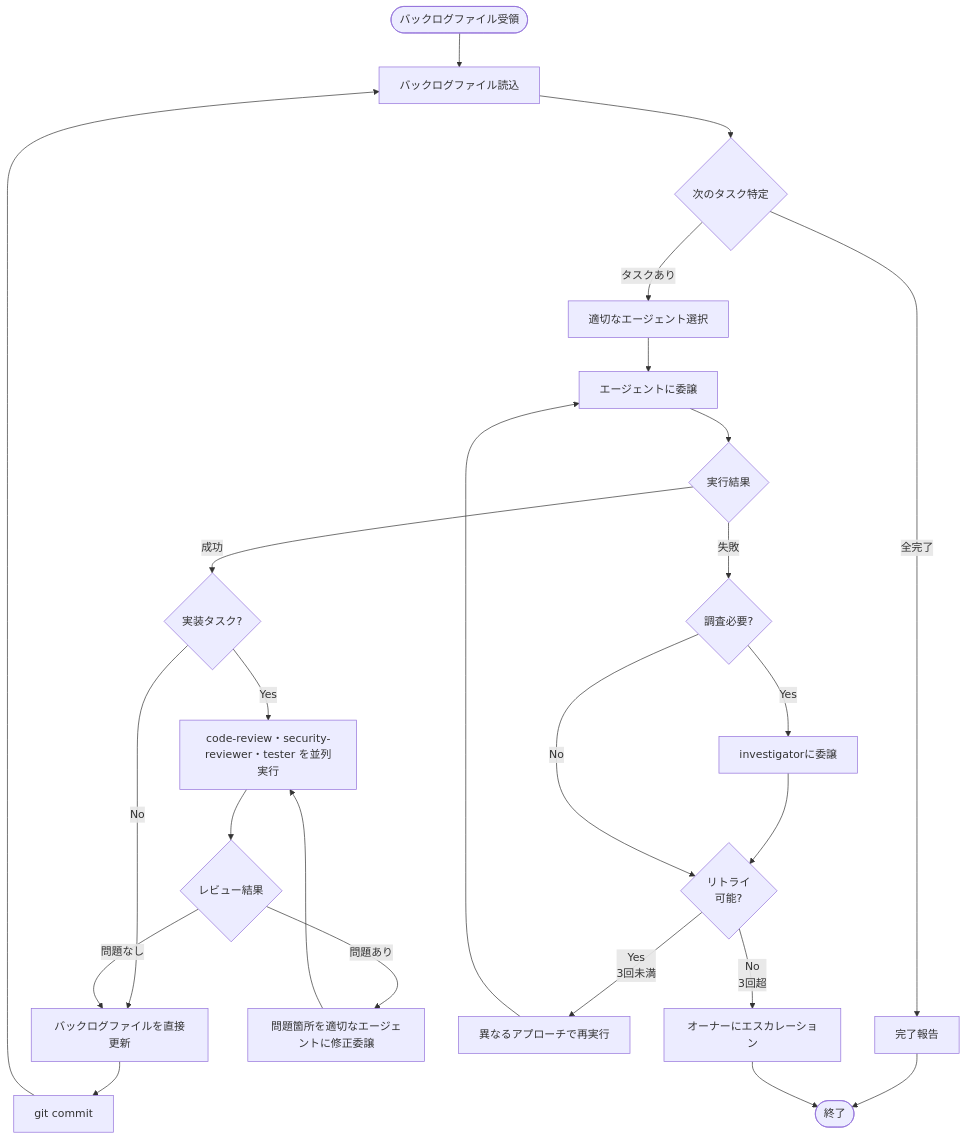
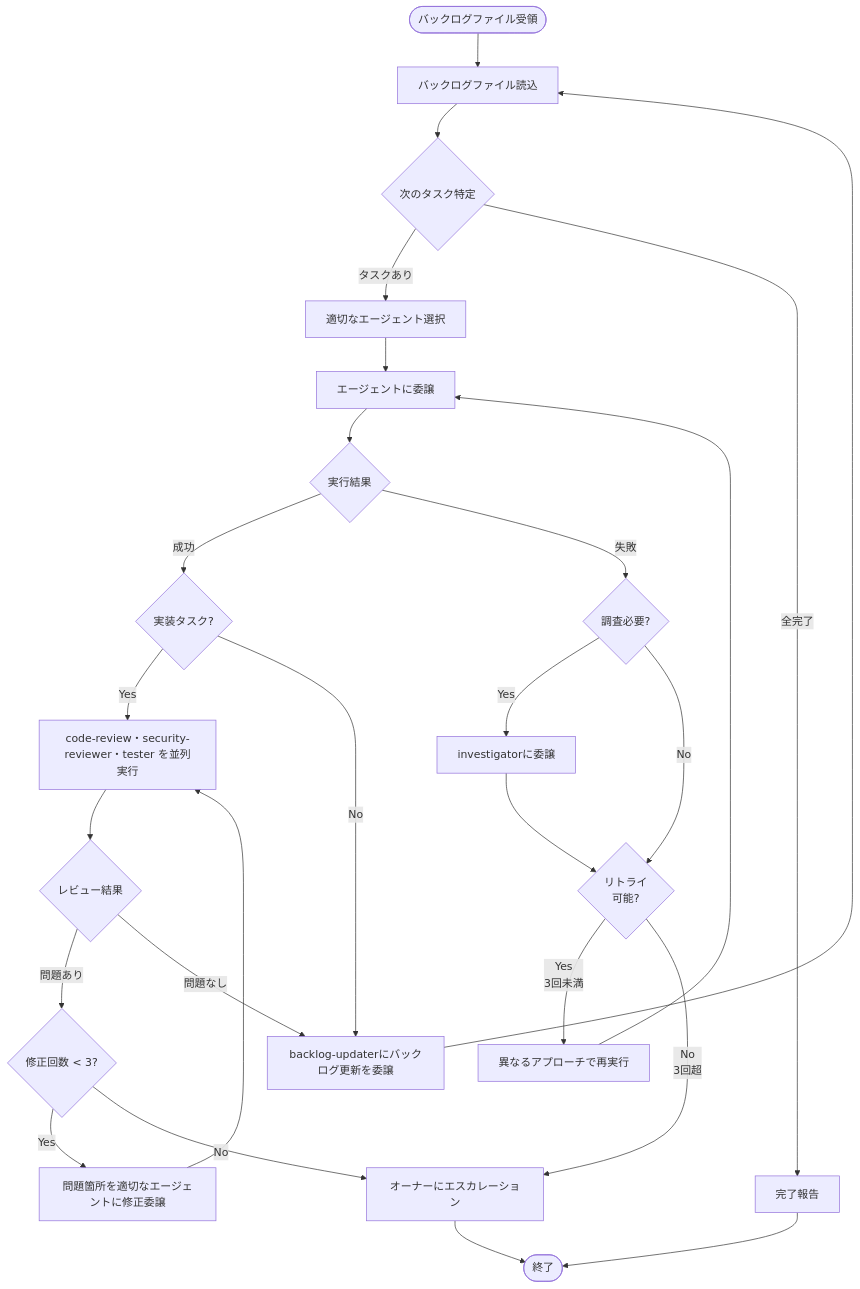
One commit to ichi-h/dotfiles changed the diagram in nix/home/base/cli/copilot-cli/agents/orchestrator.agent.md. Above: the diagram before and after it, drawn with Mermaid. The commit also changed other lines of this file and 7 other files, not shown here.

````diff
--- a/nix/home/base/cli/copilot-cli/agents/orchestrator.agent.md
+++ b/nix/home/base/cli/copilot-cli/agents/orchestrator.agent.md
@@ -22,33 +22,34 @@
 ```mermaid
 graph TB
     Start([バックログファイル受領]) --> LoadBacklog[バックログファイル読込]
 
     LoadBacklog --> NextTask{次のタスク特定}
     NextTask -->|タスクあり| SelectAgent[適切なエージェント選択]
     NextTask -->|全完了| Report[完了報告]
 
     SelectAgent --> Execute[エージェントに委譲]
     Execute --> Success{実行結果}
 
     Success -->|成功| IsImplTask{実装タスク?}
     IsImplTask -->|Yes| ParallelReview["code-review・security-reviewer・tester を並列実行"]
     IsImplTask -->|No| UpdateTask
     ParallelReview --> ReviewResult{レビュー結果}
-    ReviewResult -->|問題あり| FixIssues[問題箇所を適切なエージェントに修正委譲]
+    ReviewResult -->|問題あり| CheckRetry{修正回数 < 3?}
+    CheckRetry -->|Yes| FixIssues[問題箇所を適切なエージェントに修正委譲]
+    CheckRetry -->|No| Escalate
     FixIssues --> ParallelReview
-    ReviewResult -->|問題なし| UpdateTask[バックログファイルを直接更新]
-    UpdateTask --> Commit[git commit]
-    Commit --> LoadBacklog
+    ReviewResult -->|問題なし| UpdateTask[backlog-updaterにバックログ更新を委譲]
+    UpdateTask --> LoadBacklog
 
     Success -->|失敗| Investigate{調査必要?}
     Investigate -->|Yes| CallInvestigator[investigatorに委譲]
     CallInvestigator --> Retry{リトライ<br/>可能?}
     Investigate -->|No| Retry
 
     Retry -->|Yes<br/>3回未満| Replan[異なるアプローチで再実行]
     Replan --> Execute
     Retry -->|No<br/>3回超| Escalate[オーナーにエスカレーション]
 
     Report --> End([終了])
     Escalate --> End
 ```
````
